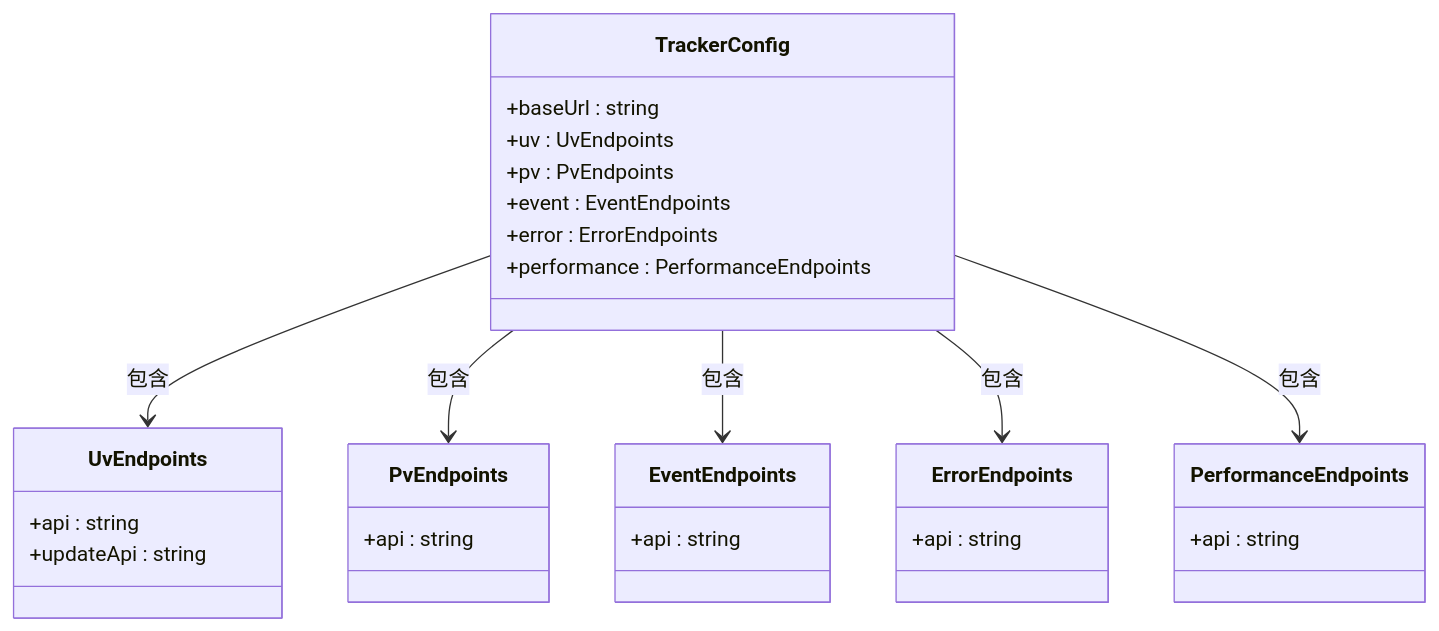
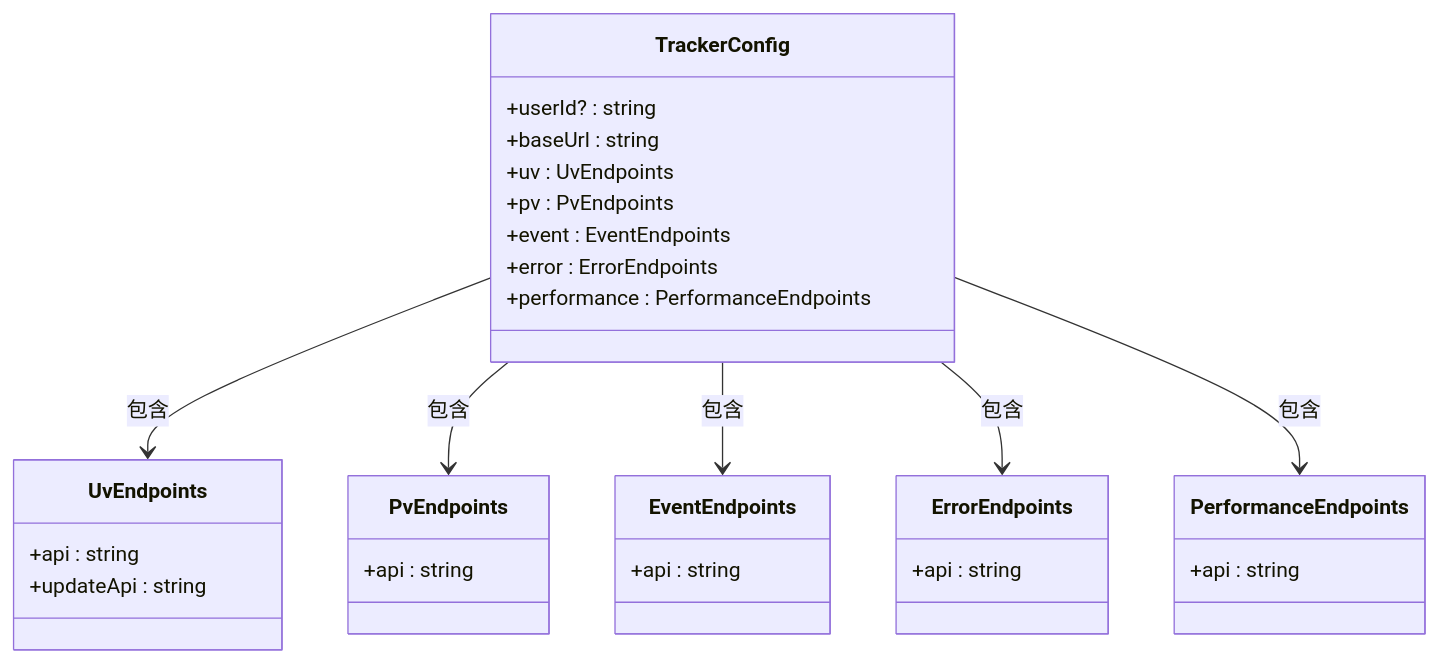
Before and after one commit to LihaoZDB/English-Study: the tenth of 12 diagrams in .qoder/repowiki/zh/content/学习进度跟踪模块.md, drawn with Mermaid. The commit also changed other lines of this file and 2 other files, not shown here.

````diff
--- a/.qoder/repowiki/zh/content/学习进度跟踪模块.md
+++ b/.qoder/repowiki/zh/content/学习进度跟踪模块.md
@@ -449,32 +472,33 @@
 ```mermaid
 classDiagram
 class TrackerConfig {
++userId? : string
 +baseUrl : string
 +uv : UvEndpoints
 +pv : PvEndpoints
 +event : EventEndpoints
 +error : ErrorEndpoints
 +performance : PerformanceEndpoints
 }
 class UvEndpoints {
 +api : string
 +updateApi : string
 }
 class EventEndpoints {
 +api : string
 }
 class PvEndpoints {
 +api : string
 }
 class ErrorEndpoints {
 +api : string
 }
 class PerformanceEndpoints {
 +api : string
 }
 TrackerConfig --> UvEndpoints : 包含
 TrackerConfig --> PvEndpoints : 包含
 TrackerConfig --> EventEndpoints : 包含
 TrackerConfig --> ErrorEndpoints : 包含
 TrackerConfig --> PerformanceEndpoints : 包含
 ```
````
